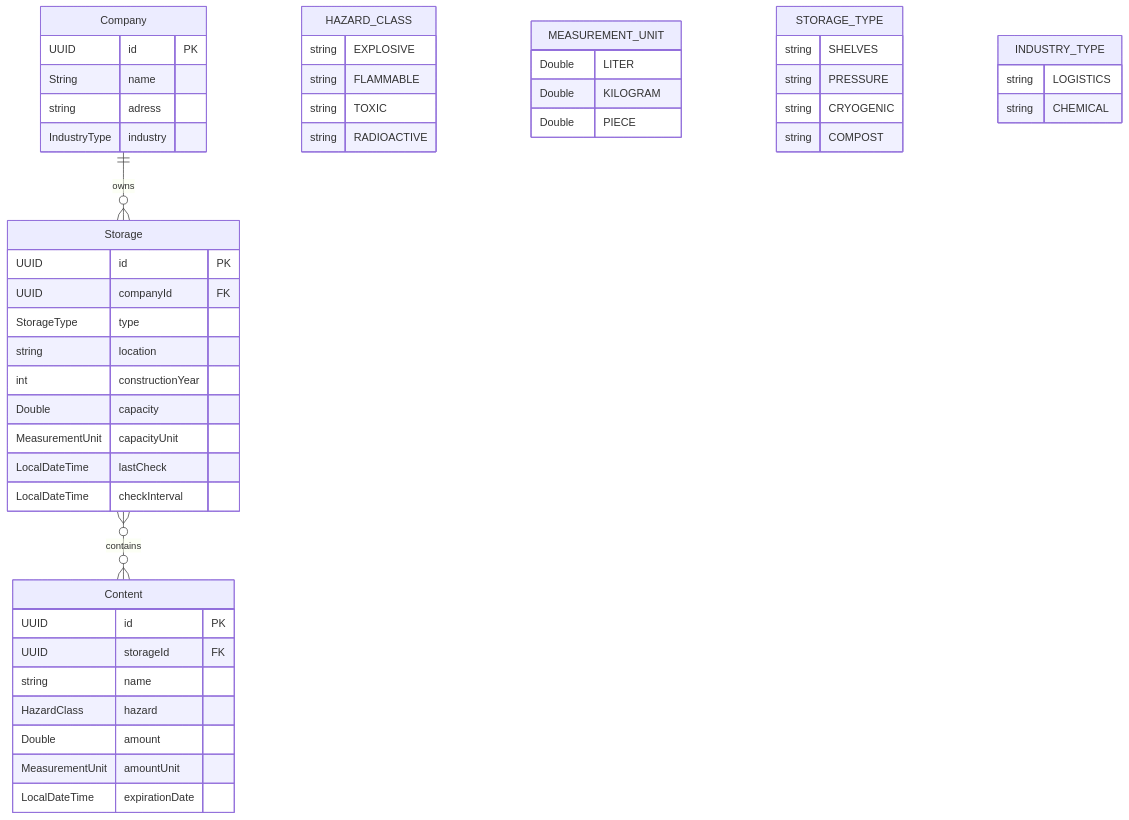
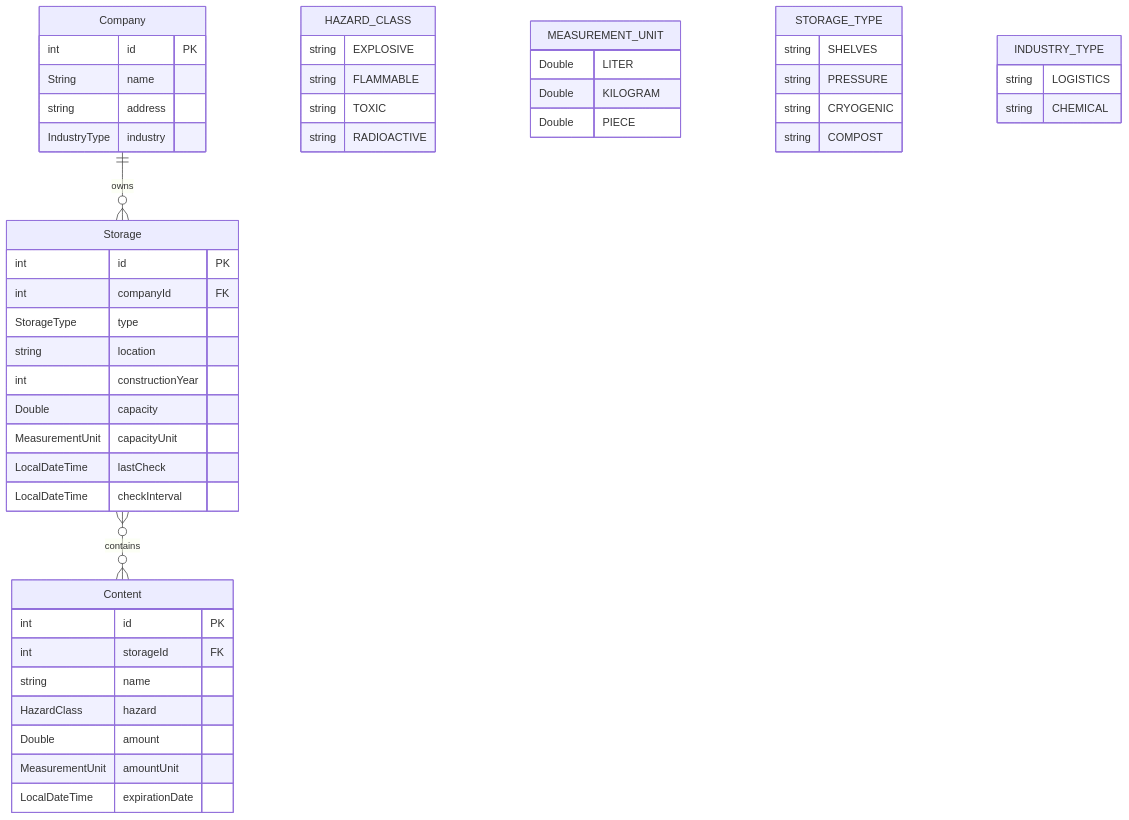
One commit to mgudux/hazmat-storage changed the diagram in docs/01_entity_relationship.mmd. Above: the diagram before and after it, drawn with Mermaid. The commit also changed 2 other files, not shown here.

```diff
--- a/docs/01_entity_relationship.mmd
+++ b/docs/01_entity_relationship.mmd
@@ -1,57 +1,57 @@
 erDiagram
     Company ||--o{ Storage : "owns"
     Storage }o--o{ Content : "contains"
 
     Company {
-        UUID id PK
+        int id PK
         String name
-        string adress
+        string address
         IndustryType industry
     }
 
     Storage {
-        UUID id PK
-        UUID companyId FK
+        int id PK
+        int companyId FK
         StorageType type
         string location
         int constructionYear
         Double capacity
         MeasurementUnit capacityUnit
         LocalDateTime lastCheck
         LocalDateTime checkInterval
     }
 
     Content {
-        UUID id PK
-        UUID storageId FK
+        int id PK
+        int storageId FK
         string name
         HazardClass hazard
         Double amount
         MeasurementUnit amountUnit
         LocalDateTime expirationDate
     }
 
     HAZARD_CLASS {
         string EXPLOSIVE
         string FLAMMABLE
         string TOXIC
         string RADIOACTIVE
     }
 
     MEASUREMENT_UNIT {
         Double LITER
         Double KILOGRAM
         Double PIECE
     }
 
     STORAGE_TYPE {
         string SHELVES
         string PRESSURE
         string CRYOGENIC
         string COMPOST
     }
 
     INDUSTRY_TYPE {
         string LOGISTICS
         string CHEMICAL
     }
```
